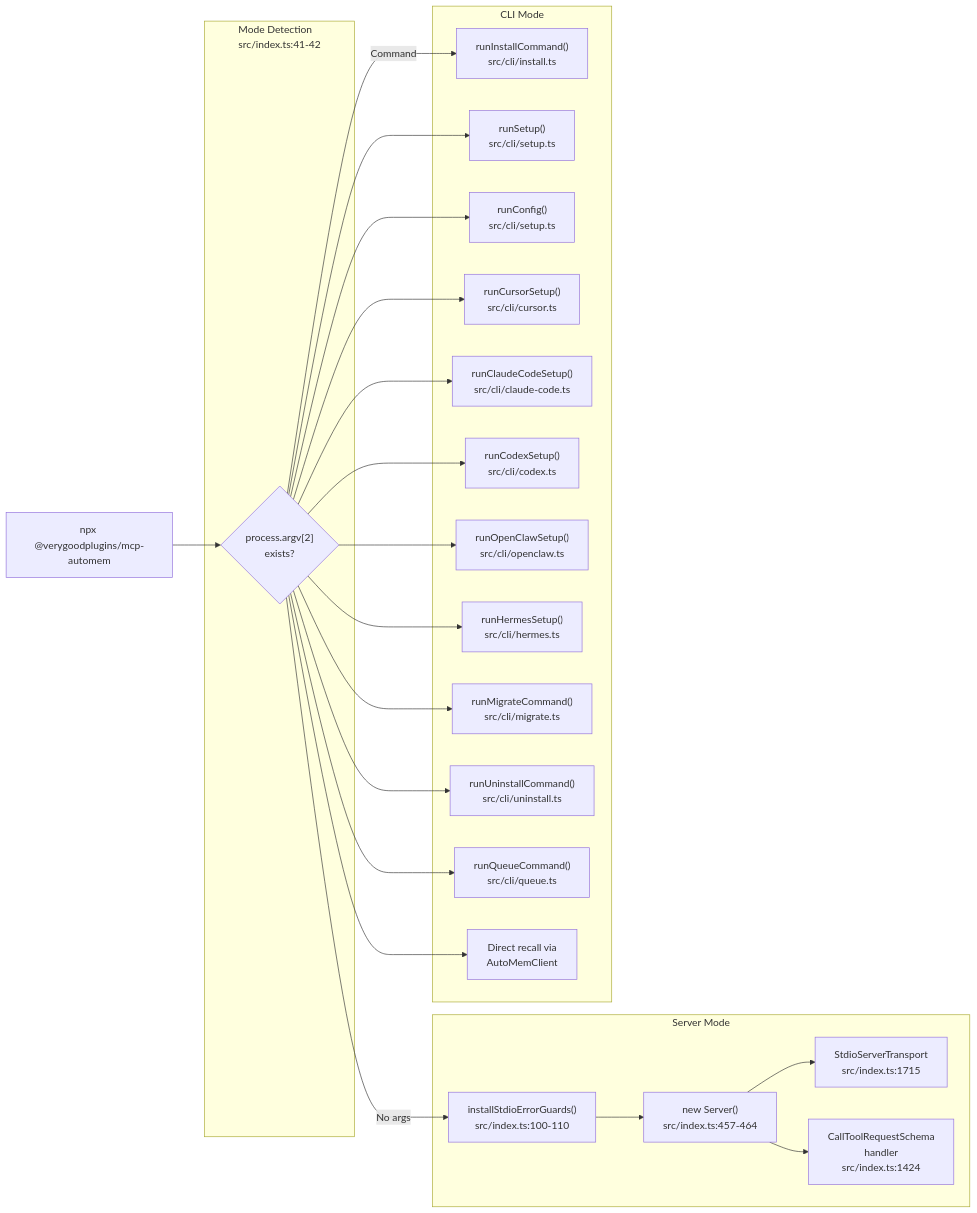
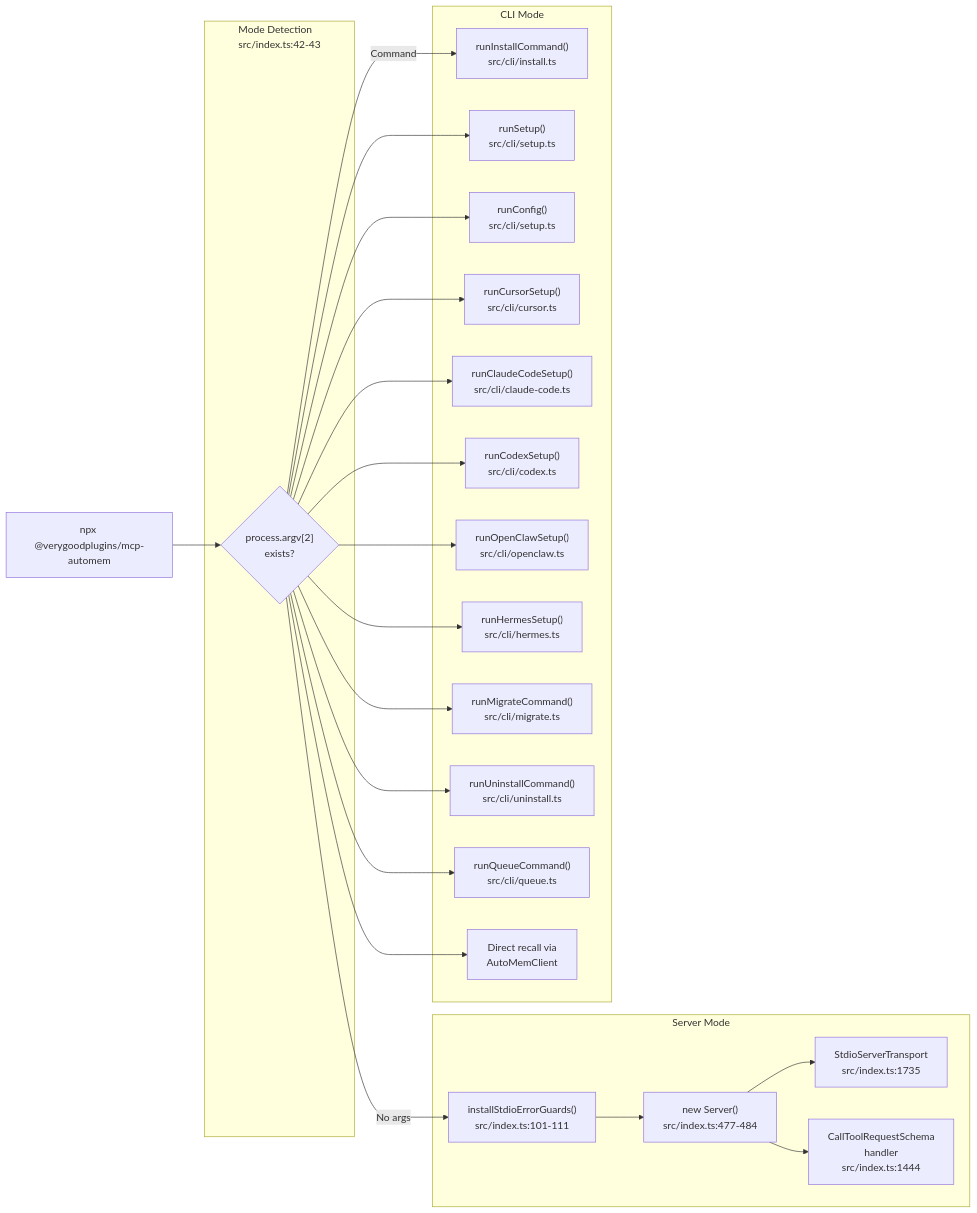
One commit to verygoodplugins/automem-website changed the second of 6 diagrams in src/content/docs/docs/architecture/mcp-bridge.md. Above: the diagram before and after it, drawn with Mermaid. The commit also changed other lines of this file, not shown here.

Commit message:
docs: fix drift in MCP Bridge
Corrects the Flask PORT default, stale src/index.ts line anchors, and the
mcp-automem API key resolution chain.

Verified against verygoodplugins/automem@8ff266e6 and
verygoodplugins/mcp-automem@cbeb3cba.

Claude-Session: https://claude.ai/code/session_0149Ft5egyYjDr1dPiXyyaGV

````diff
--- a/src/content/docs/docs/architecture/mcp-bridge.md
+++ b/src/content/docs/docs/architecture/mcp-bridge.md
@@ -81,50 +81,50 @@
 ```mermaid
 graph LR
     START["npx @verygoodplugins/mcp-automem"]
 
-    subgraph Detection["Mode Detection<br/>src/index.ts:41-42"]
+    subgraph Detection["Mode Detection<br/>src/index.ts:42-43"]
         CHECK{"process.argv[2]<br/>exists?"}
     end
 
     subgraph Server_Mode["Server Mode"]
-        STDIO_GUARD["installStdioErrorGuards()<br/>src/index.ts:100-110"]
-        MCP_SERVER["new Server()<br/>src/index.ts:457-464"]
-        STDIO_TRANSPORT["StdioServerTransport<br/>src/index.ts:1715"]
-        TOOL_HANDLER["CallToolRequestSchema<br/>handler<br/>src/index.ts:1424"]
+        STDIO_GUARD["installStdioErrorGuards()<br/>src/index.ts:101-111"]
+        MCP_SERVER["new Server()<br/>src/index.ts:477-484"]
+        STDIO_TRANSPORT["StdioServerTransport<br/>src/index.ts:1735"]
+        TOOL_HANDLER["CallToolRequestSchema<br/>handler<br/>src/index.ts:1444"]
     end
 
     subgraph CLI_Mode["CLI Mode"]
         INSTALL["runInstallCommand()<br/>src/cli/install.ts"]
         SETUP["runSetup()<br/>src/cli/setup.ts"]
         CONFIG["runConfig()<br/>src/cli/setup.ts"]
         CURSOR["runCursorSetup()<br/>src/cli/cursor.ts"]
         CLAUDE_CODE["runClaudeCodeSetup()<br/>src/cli/claude-code.ts"]
         CODEX["runCodexSetup()<br/>src/cli/codex.ts"]
         OPENCLAW["runOpenClawSetup()<br/>src/cli/openclaw.ts"]
         HERMES["runHermesSetup()<br/>src/cli/hermes.ts"]
         MIGRATE["runMigrateCommand()<br/>src/cli/migrate.ts"]
         UNINSTALL["runUninstallCommand()<br/>src/cli/uninstall.ts"]
         QUEUE["runQueueCommand()<br/>src/cli/queue.ts"]
         RECALL["Direct recall via<br/>AutoMemClient"]
     end
 
     START --> CHECK
     CHECK -->|"No args"| STDIO_GUARD
     CHECK -->|"Command"| INSTALL
 
     STDIO_GUARD --> MCP_SERVER
     MCP_SERVER --> STDIO_TRANSPORT
     MCP_SERVER --> TOOL_HANDLER
 
     CHECK --> SETUP
     CHECK --> CONFIG
     CHECK --> CURSOR
     CHECK --> CLAUDE_CODE
     CHECK --> CODEX
     CHECK --> OPENCLAW
     CHECK --> HERMES
     CHECK --> MIGRATE
     CHECK --> UNINSTALL
     CHECK --> QUEUE
     CHECK --> RECALL
 ```
````
